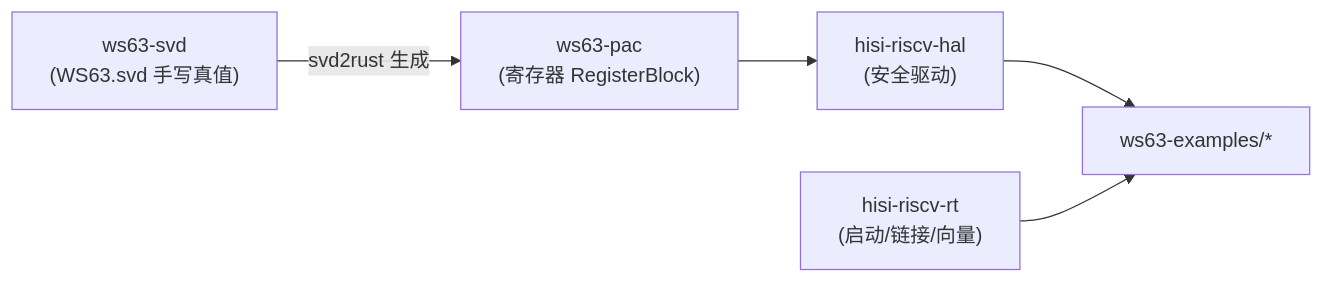
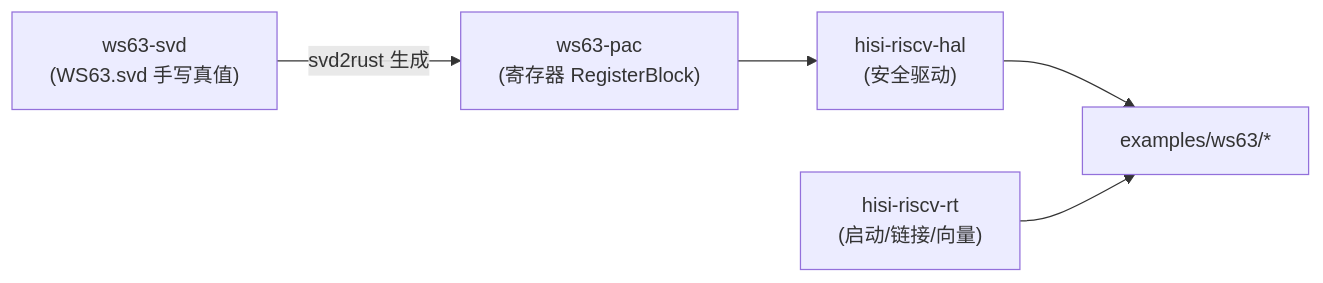
The diagram in docs/architecture/ws63-svd.md (hispark-rs/hisi-riscv-rs), drawn with Mermaid before and after one commit. The commit also changed other lines of this file and 70 other files, not shown here.

````diff
--- a/docs/architecture/ws63-svd.md
+++ b/docs/architecture/ws63-svd.md
@@ -24,7 +24,7 @@
 ```mermaid
 flowchart LR
     SVD["ws63-svd<br/>(WS63.svd 手写真值)"] -->|svd2rust 生成| PAC["ws63-pac<br/>(寄存器 RegisterBlock)"]
     PAC --> HAL["hisi-riscv-hal<br/>(安全驱动)"]
-    HAL --> EX["ws63-examples/*"]
+    HAL --> EX["examples/ws63/*"]
     RT["hisi-riscv-rt<br/>(启动/链接/向量)"] --> EX
 ```
````
